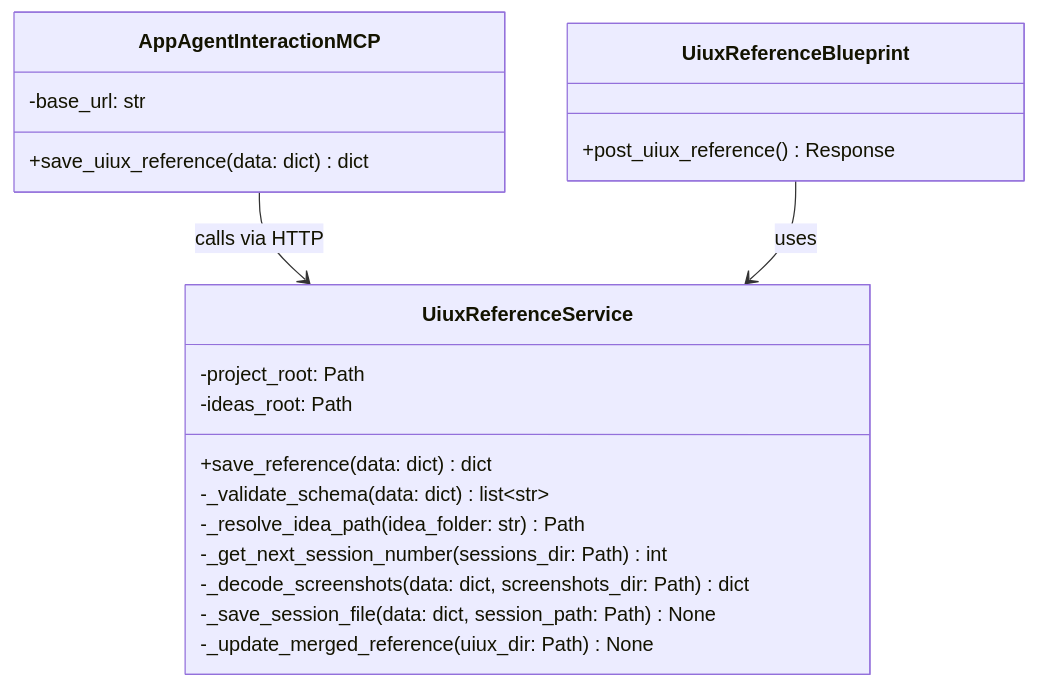
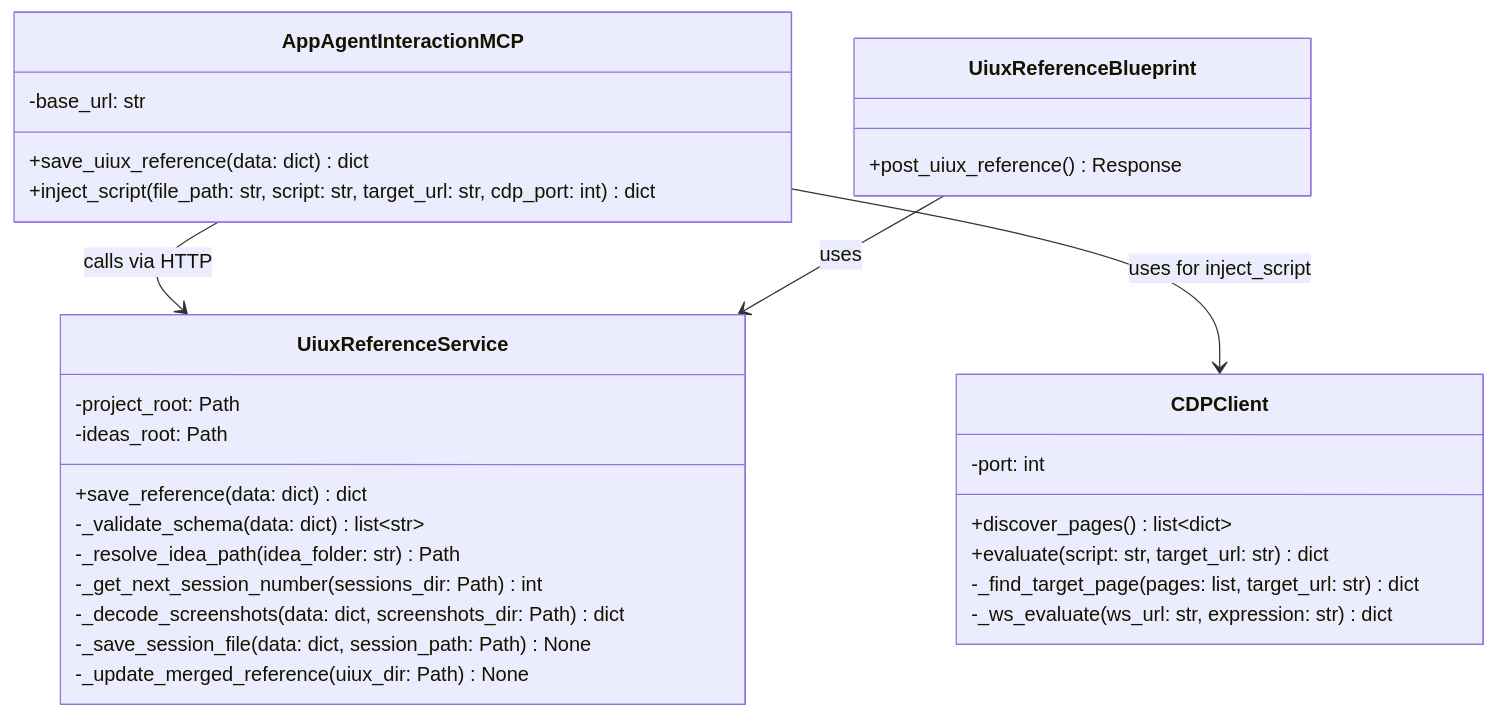
The third of 3 diagrams in x-ipe-docs/requirements/FEATURE-033/technical-design.md (Young-Z/X-IPE), drawn with Mermaid before and after one commit. The commit also changed other lines of this file and 1 other file, not shown here.

First line of the commit message:
TASK-439: Technical Design — FEATURE-033 v1.1 inject_script + CDPClient

````diff
--- a/x-ipe-docs/requirements/FEATURE-033/technical-design.md
+++ b/x-ipe-docs/requirements/FEATURE-033/technical-design.md
@@ -114,26 +172,36 @@
 ```mermaid
 classDiagram
     class AppAgentInteractionMCP {
         -base_url: str
         +save_uiux_reference(data: dict) dict
+        +inject_script(file_path: str, script: str, target_url: str, cdp_port: int) dict
+    }
+
+    class CDPClient {
+        -port: int
+        +discover_pages() list~dict~
+        +evaluate(script: str, target_url: str) dict
+        -_find_target_page(pages: list, target_url: str) dict
+        -_ws_evaluate(ws_url: str, expression: str) dict
     }
 
     class UiuxReferenceService {
         -project_root: Path
         -ideas_root: Path
         +save_reference(data: dict) dict
         -_validate_schema(data: dict) list~str~
         -_resolve_idea_path(idea_folder: str) Path
         -_get_next_session_number(sessions_dir: Path) int
         -_decode_screenshots(data: dict, screenshots_dir: Path) dict
         -_save_session_file(data: dict, session_path: Path) None
         -_update_merged_reference(uiux_dir: Path) None
     }
 
     class UiuxReferenceBlueprint {
         +post_uiux_reference() Response
     }
 
     AppAgentInteractionMCP --> UiuxReferenceService : calls via HTTP
+    AppAgentInteractionMCP --> CDPClient : uses for inject_script
     UiuxReferenceBlueprint --> UiuxReferenceService : uses
 ```
````
